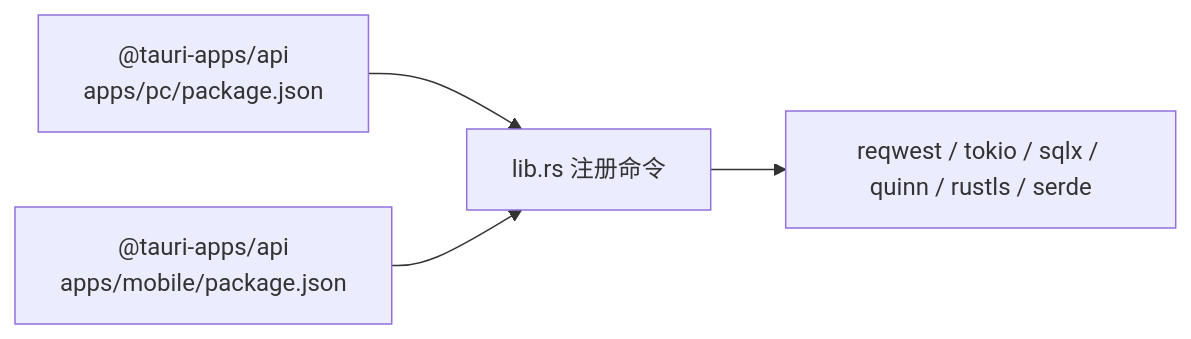
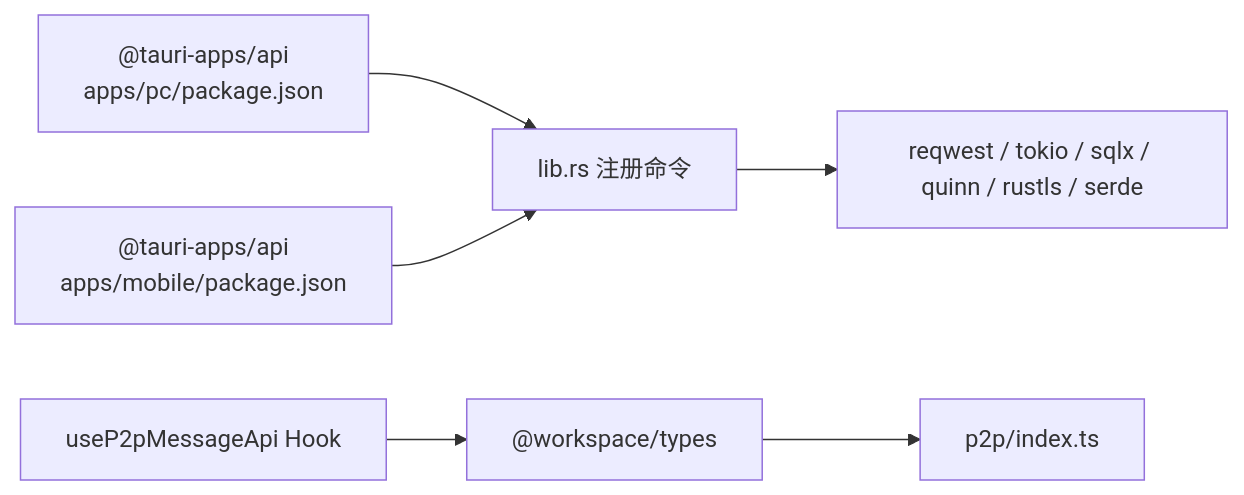
One commit to nicolastinger/only-talk-app changed the ninth of 9 diagrams in .qoder/repowiki/zh/content/API参考/API参考.md. Above: the diagram before and after it, drawn with Mermaid. The commit also changed other lines of this file and 9 other files, not shown here.

````diff
--- a/.qoder/repowiki/zh/content/API参考/API参考.md
+++ b/.qoder/repowiki/zh/content/API参考/API参考.md
@@ -318,6 +508,8 @@
 ```mermaid
 graph LR
 PC_PKG["@tauri-apps/api<br/>apps/pc/package.json"] --> LIB["lib.rs 注册命令"]
 MOB_PKG["@tauri-apps/api<br/>apps/mobile/package.json"] --> LIB
 LIB --> DEPS["reqwest / tokio / sqlx / quinn / rustls / serde"]
+USE_P2P["useP2pMessageApi Hook"] --> TYPES["@workspace/types"]
+TYPES --> P2P_TYPES["p2p/index.ts"]
 ```
````
